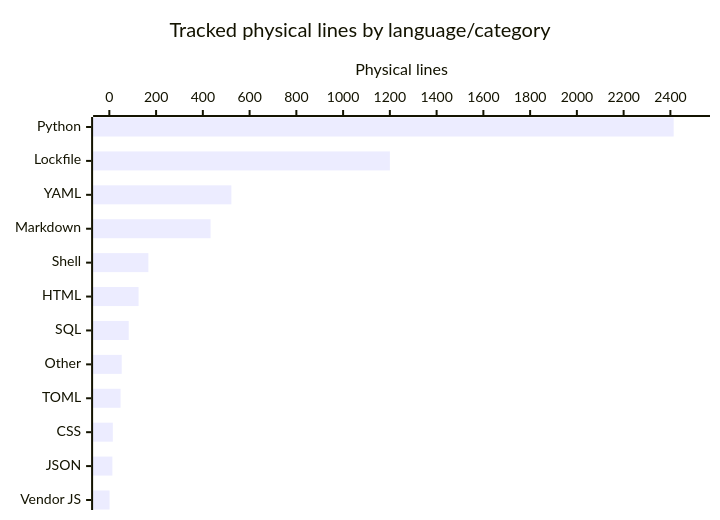
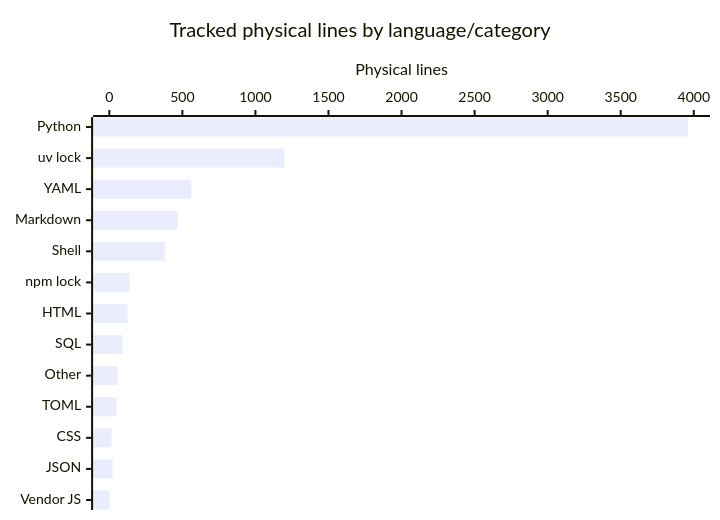
The diagram in droid-wiki/by-the-numbers.md (ptfeya/ledgerlite), drawn with Mermaid before and after one commit. The commit also changed other lines of this file and 20 other files, not shown here.

````diff
--- a/droid-wiki/by-the-numbers.md
+++ b/droid-wiki/by-the-numbers.md
@@ -33,7 +36,7 @@
 ```mermaid
 xychart-beta horizontal
     title "Tracked physical lines by language/category"
-    x-axis ["Python", "Lockfile", "YAML", "Markdown", "Shell", "HTML", "SQL", "Other", "TOML", "CSS", "JSON", "Vendor JS"]
-    y-axis "Physical lines" 0 --> 2500
-    bar [2414, 1200, 522, 433, 167, 125, 83, 53, 48, 15, 13, 1]
+    x-axis ["Python", "uv lock", "YAML", "Markdown", "Shell", "npm lock", "HTML", "SQL", "Other", "TOML", "CSS", "JSON", "Vendor JS"]
+    y-axis "Physical lines" 0 --> 4000
+    bar [3960, 1200, 561, 469, 380, 139, 125, 90, 56, 48, 15, 22, 1]
 ```
````
